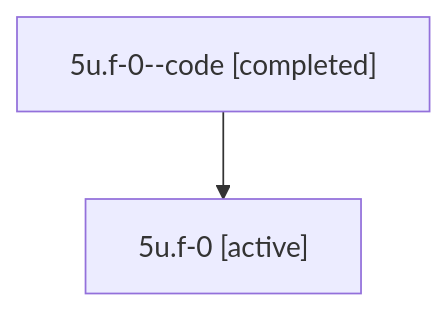
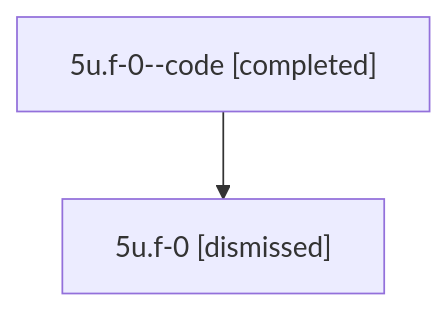
One commit to sase-org/sase--agents changed the diagram in sessions/bbugyi200.athena.5u.f-0.md. Above: the diagram before and after it, drawn with Mermaid. The commit also changed other lines of this file and 35 other files, not shown here.

````diff
--- a/sessions/bbugyi200.athena.5u.f-0.md
+++ b/sessions/bbugyi200.athena.5u.f-0.md
@@ -9,6 +9,6 @@
 ```mermaid
 flowchart TD
   n0["5u.f-0--code [completed]"]
-  n1["5u.f-0 [active]"]
+  n1["5u.f-0 [dismissed]"]
   n0 --> n1
 ```
````
